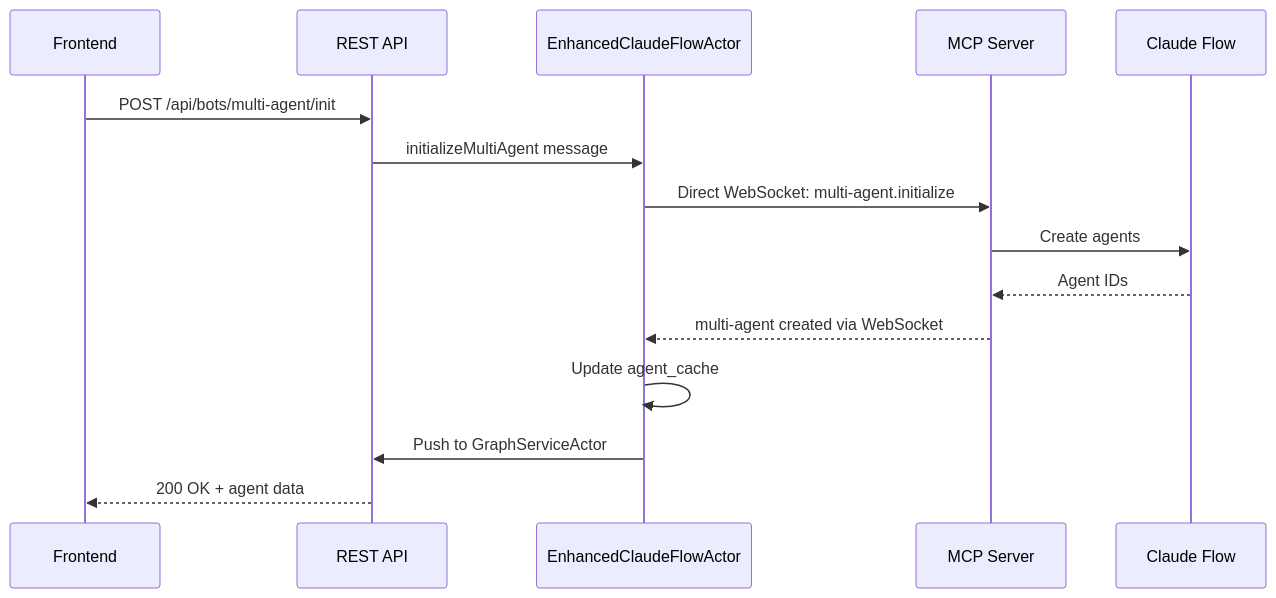
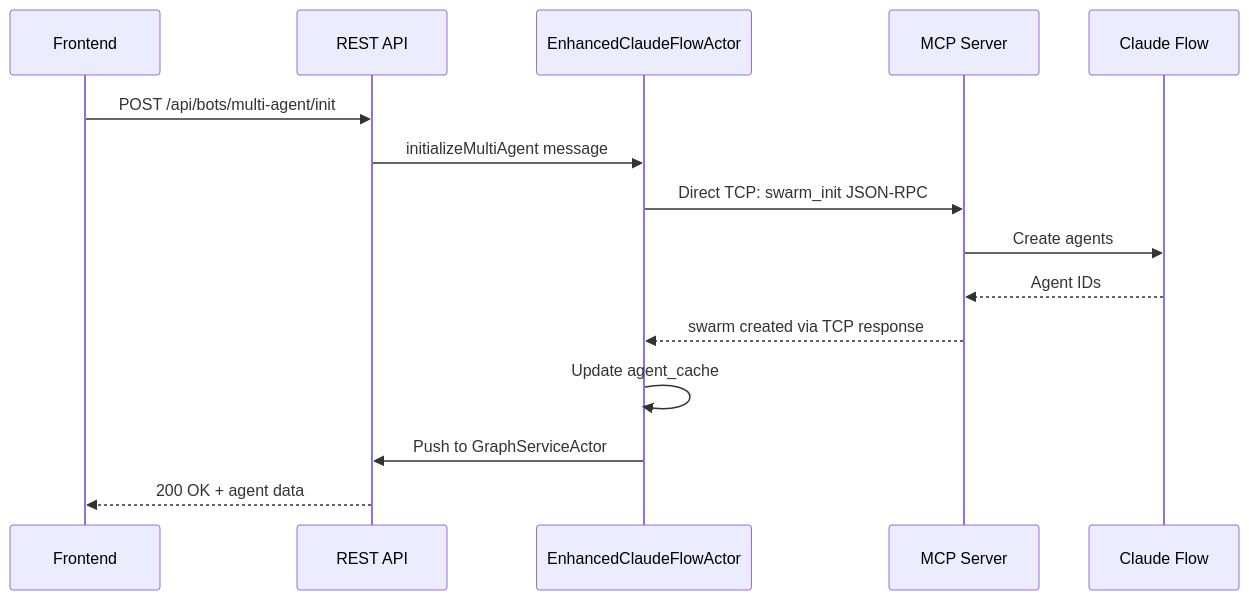
Before and after one commit to DreamLab-AI/VisionFlow: the second of 3 diagrams in docs/architecture/mcp-integration.md, drawn with Mermaid. The commit also changed other lines of this file and 69 other files, not shown here.

````diff
--- a/docs/architecture/mcp-integration.md
+++ b/docs/architecture/mcp-integration.md
@@ -180,18 +180,18 @@
 ```mermaid
 sequenceDiagram
     participant UI as Frontend
     participant API as REST API
     participant ECFA as EnhancedClaudeFlowActor
     participant MCP as MCP Server
     participant CF as Claude Flow
 
     UI->>API: POST /api/bots/multi-agent/init
     API->>ECFA: initializeMultiAgent message
-    ECFA->>MCP: Direct WebSocket: multi-agent.initialize
+    ECFA->>MCP: Direct TCP: swarm_init JSON-RPC
     MCP->>CF: Create agents
     CF-->>MCP: Agent IDs
-    MCP-->>ECFA: multi-agent created via WebSocket
+    MCP-->>ECFA: swarm created via TCP response
     ECFA->>ECFA: Update agent_cache
     ECFA->>API: Push to GraphServiceActor
     API-->>UI: 200 OK + agent data
 ```
````
